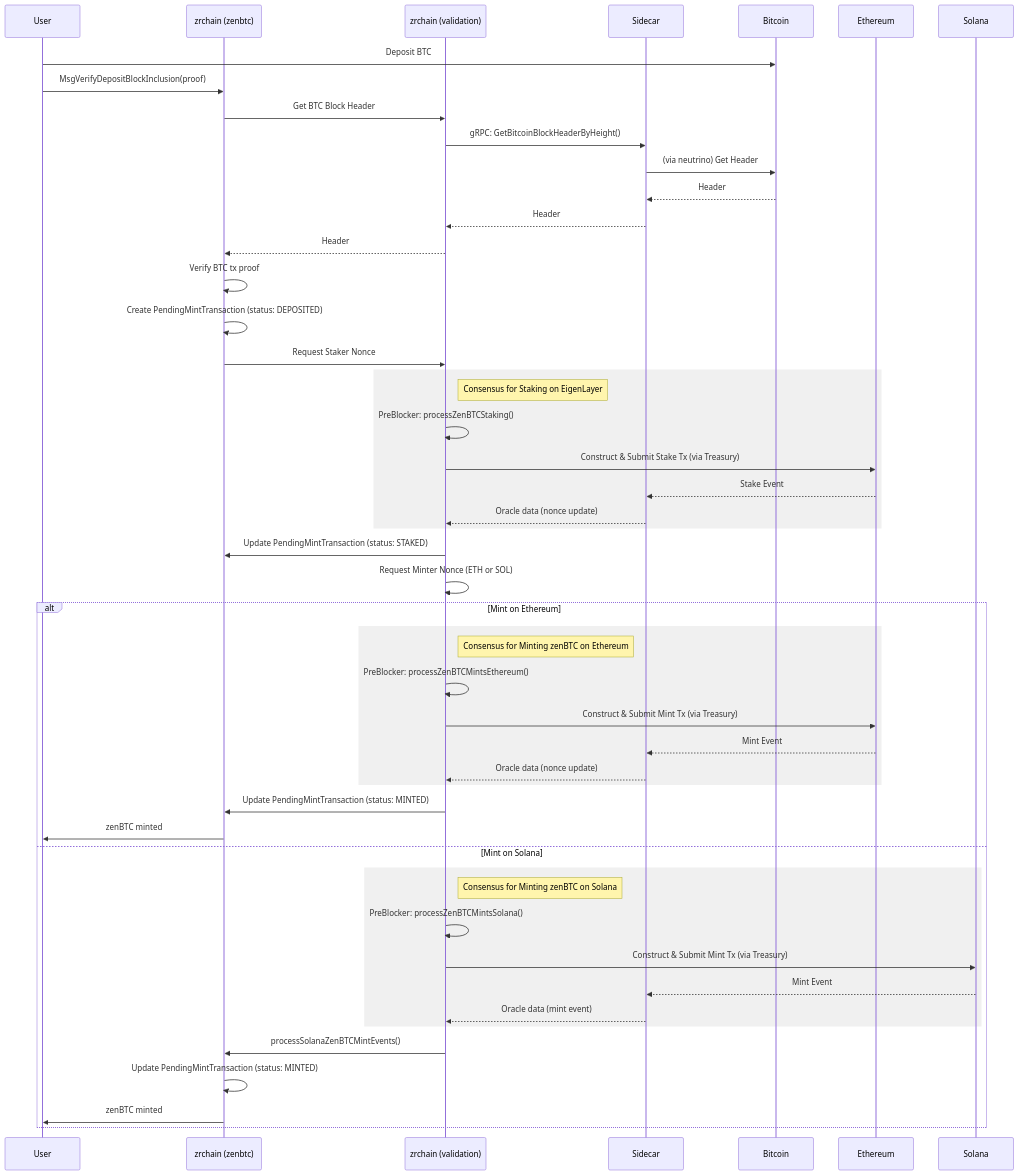
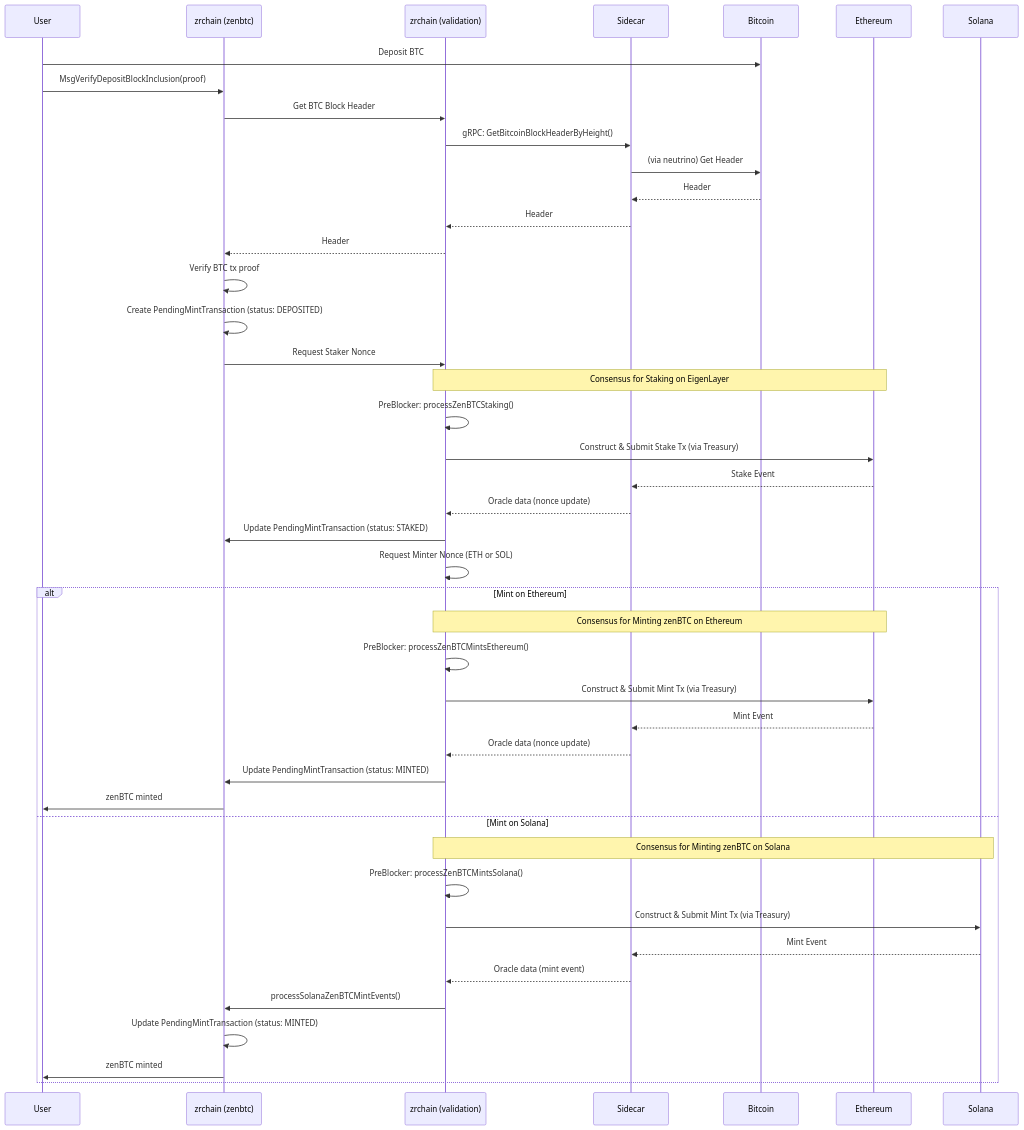
The first of 4 diagrams in docs/README.md (zenrocklabs/zrchain), drawn with Mermaid before and after one commit. The commit also changed other lines of this file, not shown here.

````diff
--- a/docs/README.md
+++ b/docs/README.md
@@ -13,58 +13,52 @@
 ```mermaid
 sequenceDiagram
     participant User
     participant zrchain as zrchain (zenbtc)
     participant zrchain_val as zrchain (validation)
     participant Sidecar
     participant Bitcoin
     participant Ethereum
     participant Solana
 
     User->>Bitcoin: Deposit BTC
     User->>zrchain: MsgVerifyDepositBlockInclusion(proof)
 
     zrchain->>zrchain_val: Get BTC Block Header
     zrchain_val->>Sidecar: gRPC: GetBitcoinBlockHeaderByHeight()
     Sidecar->>Bitcoin: (via neutrino) Get Header
     Bitcoin-->>Sidecar: Header
     Sidecar-->>zrchain_val: Header
     zrchain_val-->>zrchain: Header
 
     zrchain->>zrchain: Verify BTC tx proof
     zrchain->>zrchain: Create PendingMintTransaction (status: DEPOSITED)
     zrchain->>zrchain_val: Request Staker Nonce
 
-    rect rgb(240, 240, 240)
-    Note right of zrchain_val: Consensus for Staking on EigenLayer
+    Note over zrchain_val,Ethereum: Consensus for Staking on EigenLayer
     zrchain_val->>zrchain_val: PreBlocker: processZenBTCStaking()
     zrchain_val->>Ethereum: Construct & Submit Stake Tx (via Treasury)
     Ethereum-->>Sidecar: Stake Event
     Sidecar-->>zrchain_val: Oracle data (nonce update)
-    end
 
     zrchain_val->>zrchain: Update PendingMintTransaction (status: STAKED)
     zrchain_val->>zrchain_val: Request Minter Nonce (ETH or SOL)
 
     alt Mint on Ethereum
-        rect rgb(240, 240, 240)
-        Note right of zrchain_val: Consensus for Minting zenBTC on Ethereum
+        Note over zrchain_val,Ethereum: Consensus for Minting zenBTC on Ethereum
         zrchain_val->>zrchain_val: PreBlocker: processZenBTCMintsEthereum()
         zrchain_val->>Ethereum: Construct & Submit Mint Tx (via Treasury)
         Ethereum-->>Sidecar: Mint Event
         Sidecar-->>zrchain_val: Oracle data (nonce update)
-        end
         zrchain_val->>zrchain: Update PendingMintTransaction (status: MINTED)
         zrchain->>User: zenBTC minted
     else Mint on Solana
-        rect rgb(240, 240, 240)
-        Note right of zrchain_val: Consensus for Minting zenBTC on Solana
+        Note over zrchain_val,Solana: Consensus for Minting zenBTC on Solana
         zrchain_val->>zrchain_val: PreBlocker: processZenBTCMintsSolana()
         zrchain_val->>Solana: Construct & Submit Mint Tx (via Treasury)
         Solana-->>Sidecar: Mint Event
         Sidecar-->>zrchain_val: Oracle data (mint event)
-        end
         zrchain_val->>zrchain: processSolanaZenBTCMintEvents()
         zrchain->>zrchain: Update PendingMintTransaction (status: MINTED)
         zrchain->>User: zenBTC minted
     end
 ```
````
